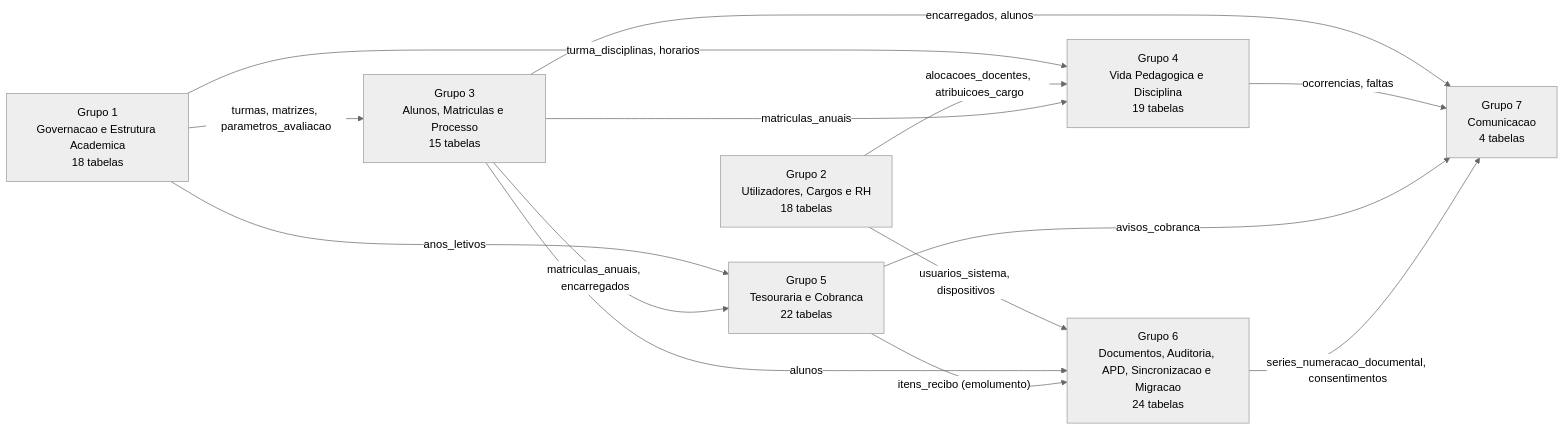
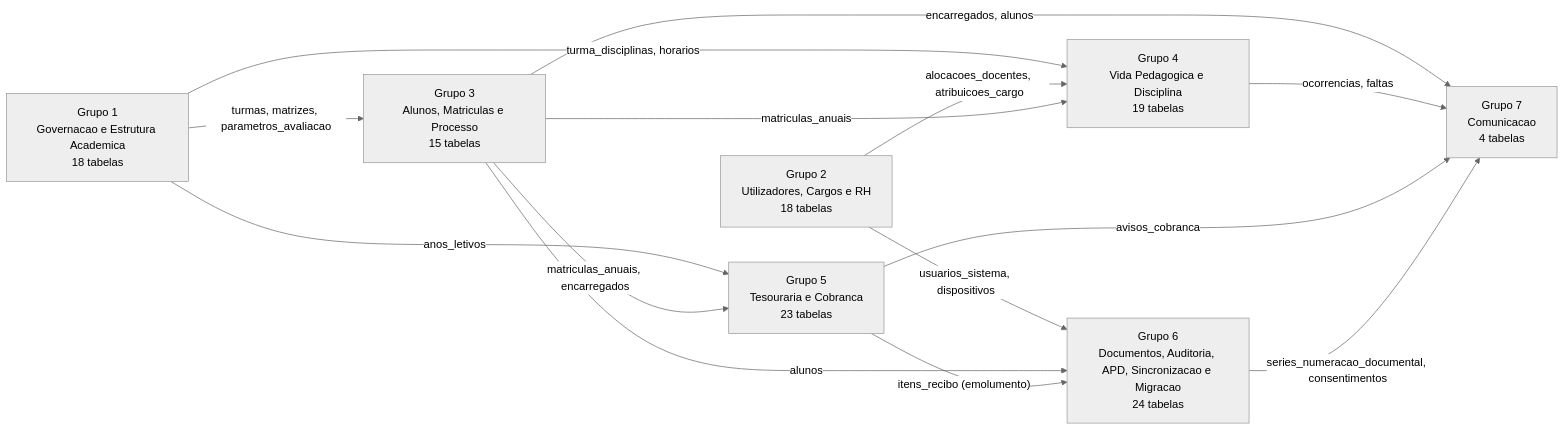
One commit to Angeloaqp/sge-ipcag-12008 changed the first of 10 diagrams in 01 - Projetos/SGE - IPCAG 12008 BGO/10 - Especificacao/05 - Modelagem de Dados.md. Above: the diagram before and after it, drawn with Mermaid (neutral theme). The commit also changed other lines of this file and 11 other files, not shown here.

````diff
--- a/01 - Projetos/SGE - IPCAG 12008 BGO/10 - Especificacao/05 - Modelagem de Dados.md
+++ b/01 - Projetos/SGE - IPCAG 12008 BGO/10 - Especificacao/05 - Modelagem de Dados.md
@@ -249,24 +249,24 @@
 ```mermaid
 flowchart LR
     G1["Grupo 1<br>Governacao e Estrutura Academica<br>18 tabelas"]
     G2["Grupo 2<br>Utilizadores, Cargos e RH<br>18 tabelas"]
     G3["Grupo 3<br>Alunos, Matriculas e Processo<br>15 tabelas"]
     G4["Grupo 4<br>Vida Pedagogica e Disciplina<br>19 tabelas"]
-    G5["Grupo 5<br>Tesouraria e Cobranca<br>22 tabelas"]
+    G5["Grupo 5<br>Tesouraria e Cobranca<br>23 tabelas"]
     G6["Grupo 6<br>Documentos, Auditoria, APD, Sincronizacao e Migracao<br>24 tabelas"]
     G7["Grupo 7<br>Comunicacao<br>4 tabelas"]
 
     G1 -->|"turmas, matrizes, parametros_avaliacao"| G3
     G1 -->|"turma_disciplinas, horarios"| G4
     G1 -->|"anos_letivos"| G5
     G2 -->|"alocacoes_docentes, atribuicoes_cargo"| G4
     G2 -->|"usuarios_sistema, dispositivos"| G6
     G3 -->|"matriculas_anuais"| G4
     G3 -->|"matriculas_anuais, encarregados"| G5
     G3 -->|"alunos"| G6
     G3 -->|"encarregados, alunos"| G7
     G4 -->|"ocorrencias, faltas"| G7
     G5 -->|"itens_recibo (emolumento)"| G6
     G5 -->|"avisos_cobranca"| G7
     G6 -->|"series_numeracao_documental, consentimentos"| G7
 ```
````
